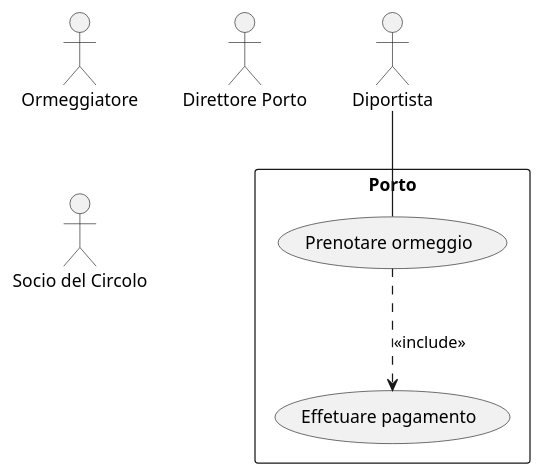
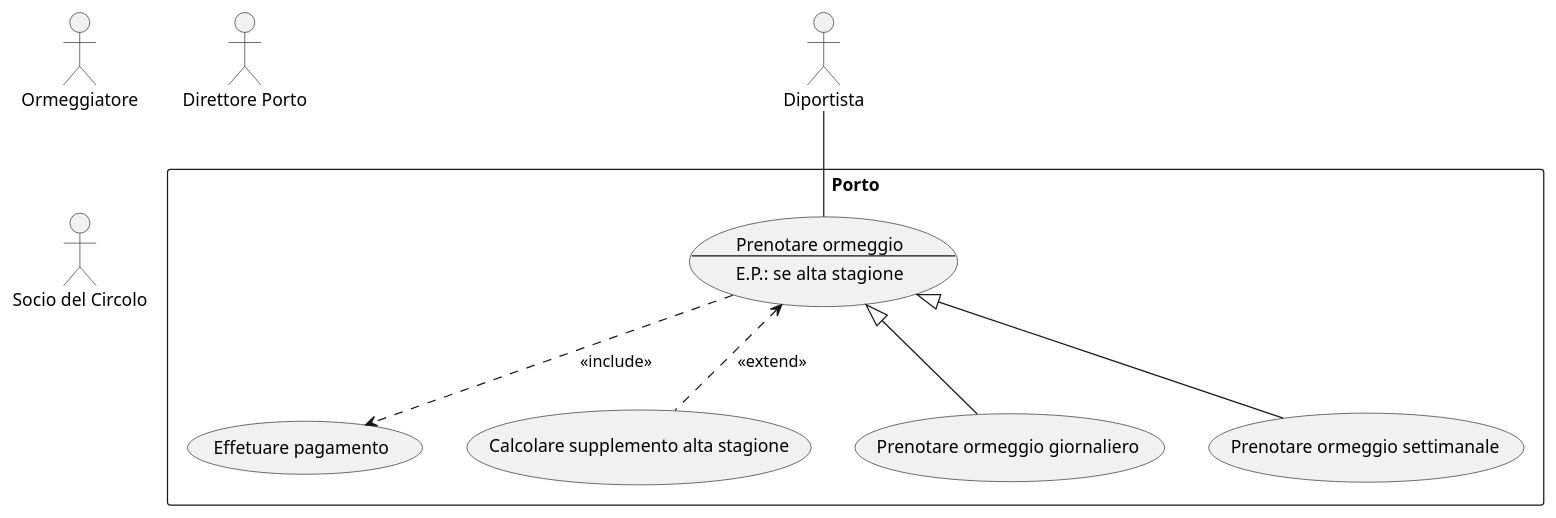
Before and after one commit to itsNikk/2627-3BI: the diagram in ES7-Porto.puml, drawn with PlantUML.

```diff
--- a/ES7-Porto.puml
+++ b/ES7-Porto.puml
@@ -1,19 +1,33 @@
 @startuml
 
 ''left to right direction
 
 :Diportista: as d
 :Ormeggiatore: as o
 :Direttore Porto: as dp
 :Socio del Circolo: as sc
 
 '' confini del sistema
 rectangle Porto {
     (Effetuare pagamento) as pay
-    (Prenotare ormeggio) as po
+    usecase po as "
+        Prenotare ormeggio
+        --
+        E.P.: se alta stagione
+    "
+
+    (Calcolare supplemento alta stagione) as sas
+    (Prenotare ormeggio giornaliero) as pog
+    (Prenotare ormeggio settimanale) as pos
 }
+
+''CTRL+D = duplica linea
 
 d -- po
 po ..> pay : <<include>>
+po <|-- pos
+po <|-- pog
+
+po <.. sas : <<extend>>
 
 @enduml
```
